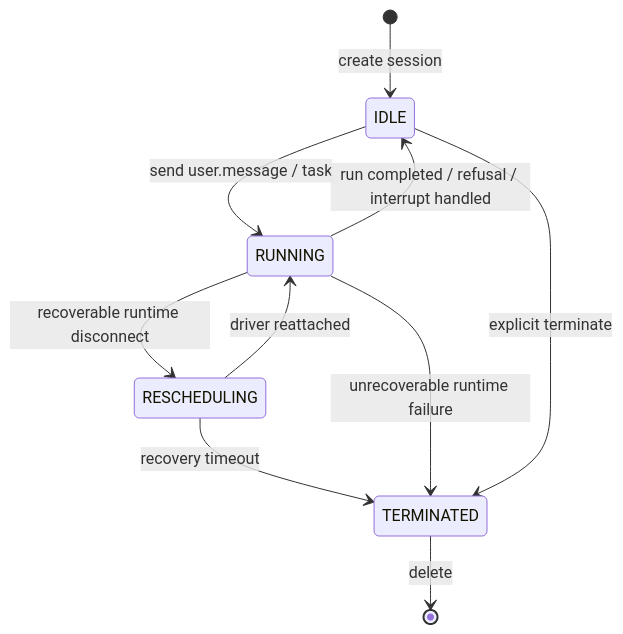
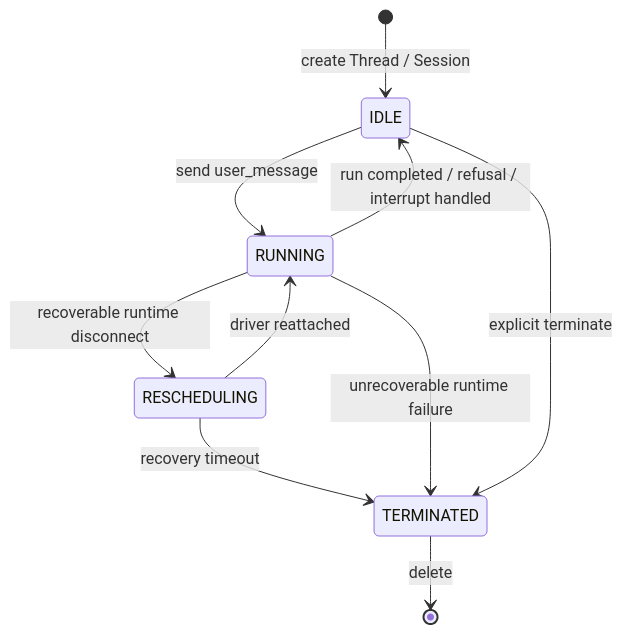
The second of 2 diagrams in docs/prd/agent-session-api.md (langgenius/mosoo), drawn with Mermaid before and after one commit. The commit also changed other lines of this file and 71 other files, not shown here.

````diff
--- a/docs/prd/agent-session-api.md
+++ b/docs/prd/agent-session-api.md
@@ -164,12 +166,12 @@
 ```mermaid
 stateDiagram-v2
-  [*] --> IDLE: create session
-  IDLE --> RUNNING: send user.message / task
+  [*] --> IDLE: create Thread / Session
+  IDLE --> RUNNING: send user_message
   RUNNING --> IDLE: run completed / refusal / interrupt handled
   RUNNING --> RESCHEDULING: recoverable runtime disconnect
   RESCHEDULING --> RUNNING: driver reattached
   RESCHEDULING --> TERMINATED: recovery timeout
   RUNNING --> TERMINATED: unrecoverable runtime failure
   IDLE --> TERMINATED: explicit terminate
   TERMINATED --> [*]: delete
 ```
````
